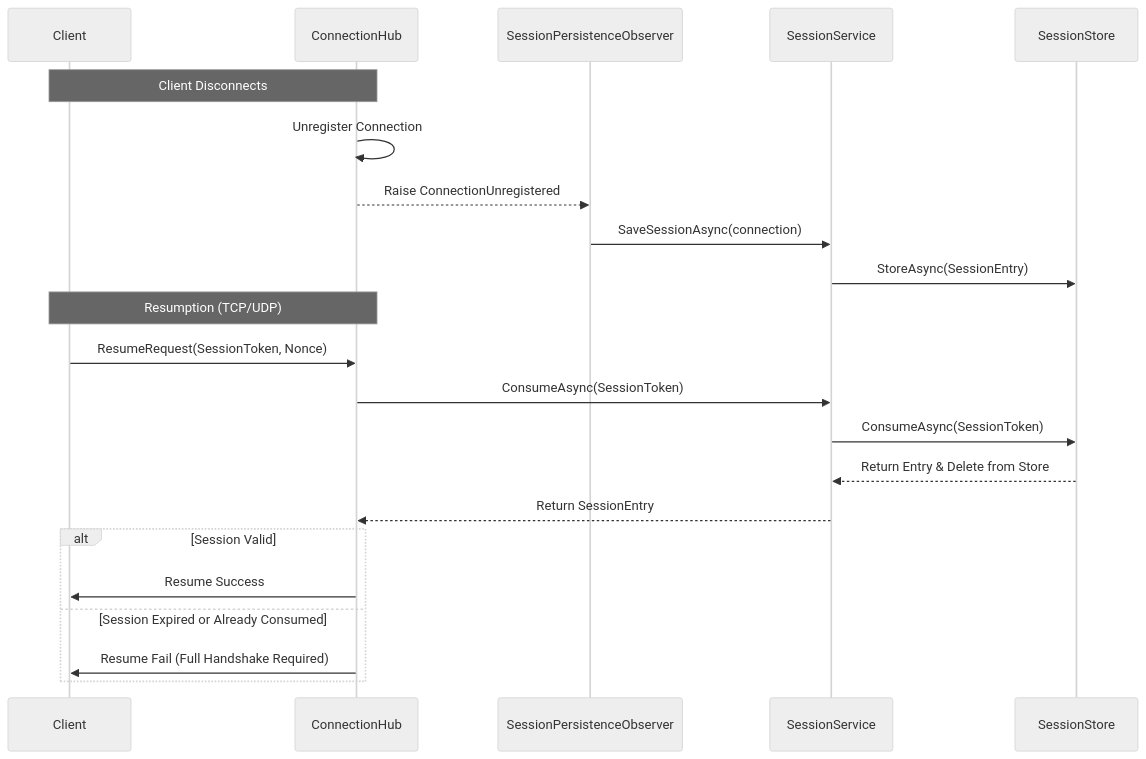
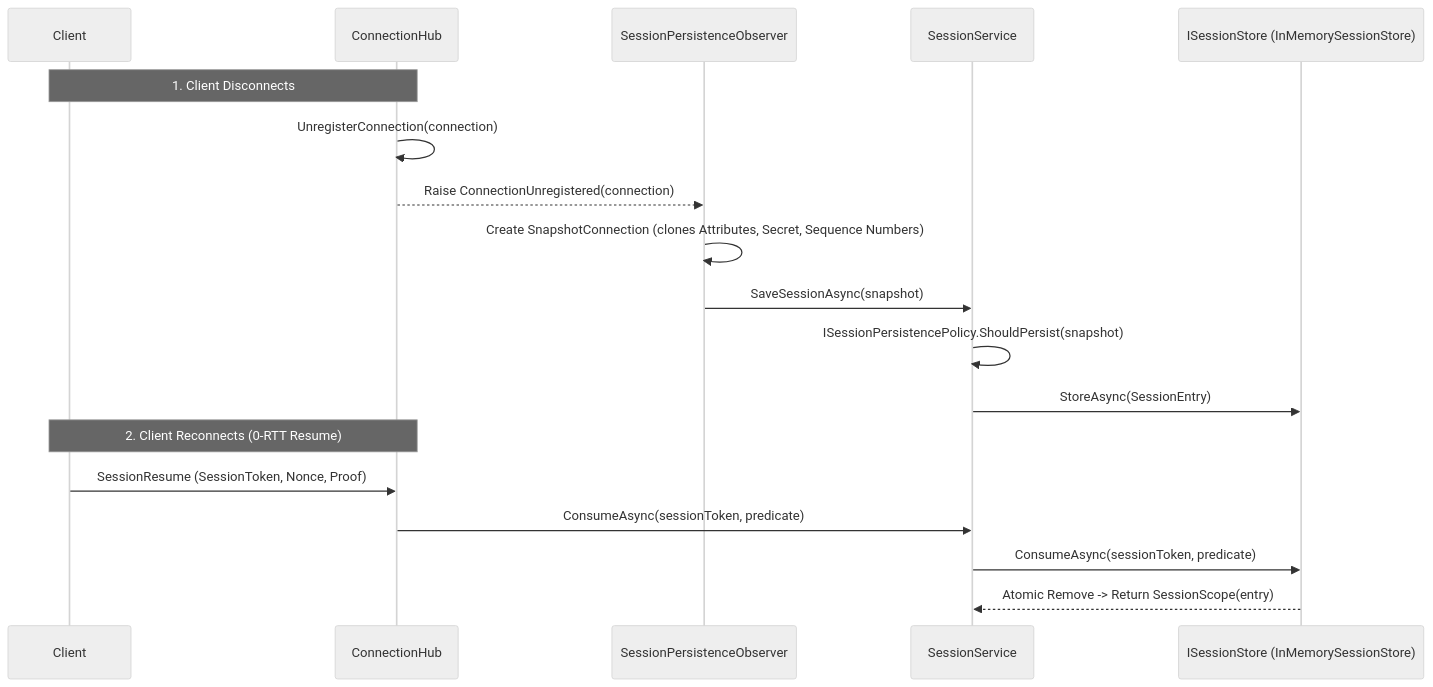
One commit to ppn-systems/nalix-docs changed the diagram in src/content/docs/en-us/api/network/session-store.md. Above: the diagram before and after it, drawn with Mermaid (neutral theme). The commit also changed other lines of this file and 180 other files, not shown here.

````diff
--- a/src/content/docs/en-us/api/network/session-store.md
+++ b/src/content/docs/en-us/api/network/session-store.md
@@ -35,27 +30,22 @@
 ```mermaid
 sequenceDiagram
     participant C as Client
     participant H as ConnectionHub
     participant OBS as SessionPersistenceObserver
     participant SSV as SessionService
-    participant ST as SessionStore
+    participant ST as ISessionStore (InMemorySessionStore)
 
-    Note over C,H: Client Disconnects
-    H->>H: Unregister Connection
-    H-->>OBS: Raise ConnectionUnregistered
-    OBS->>SSV: SaveSessionAsync(connection)
+    Note over C,H: 1. Client Disconnects
+    H->>H: UnregisterConnection(connection)
+    H-->>OBS: Raise ConnectionUnregistered(connection)
+    OBS->>OBS: Create SnapshotConnection (clones Attributes, Secret, Sequence Numbers)
+    OBS->>SSV: SaveSessionAsync(snapshot)
+    SSV->>SSV: ISessionPersistencePolicy.ShouldPersist(snapshot)
     SSV->>ST: StoreAsync(SessionEntry)
 
-    Note over C,H: Resumption (TCP/UDP)
-    C->>H: ResumeRequest(SessionToken, Nonce)
-    H->>SSV: ConsumeAsync(SessionToken)
-    SSV->>ST: ConsumeAsync(SessionToken)
-    ST-->>SSV: Return Entry & Delete from Store
-    SSV-->>H: Return SessionEntry
-    
-    alt Session Valid
-        H->>C: Resume Success
-    else Session Expired or Already Consumed
-        H->>C: Resume Fail (Full Handshake Required)
-    end
+    Note over C,H: 2. Client Reconnects (0-RTT Resume)
+    C->>H: SessionResume (SessionToken, Nonce, Proof)
+    H->>SSV: ConsumeAsync(sessionToken, predicate)
+    SSV->>ST: ConsumeAsync(sessionToken, predicate)
+    ST-->>SSV: Atomic Remove -> Return SessionScope(entry)
 ```
````
